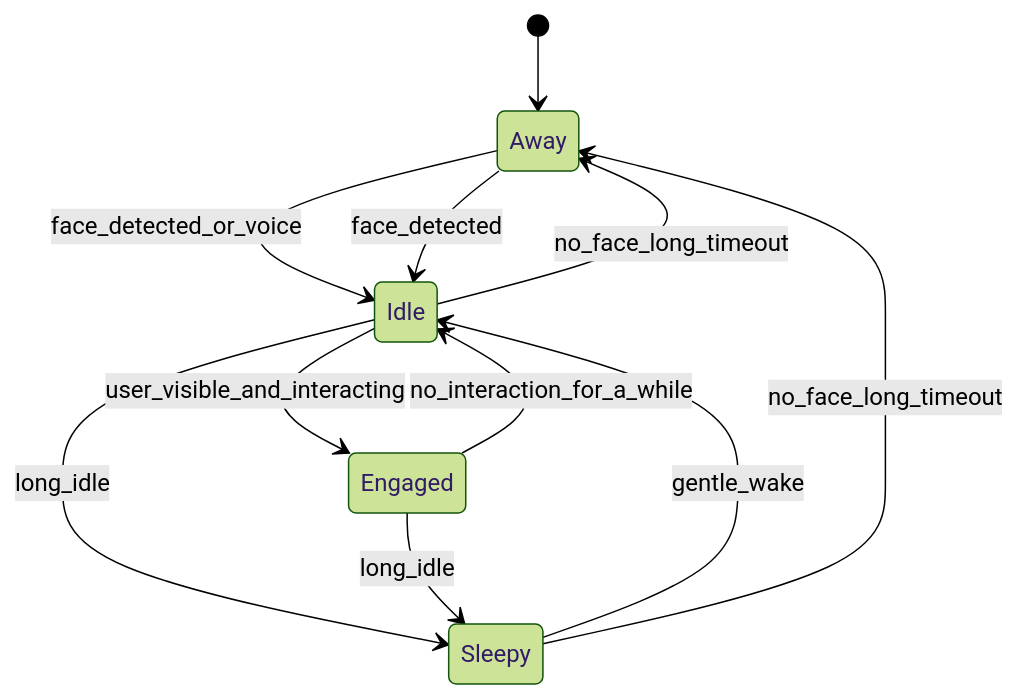
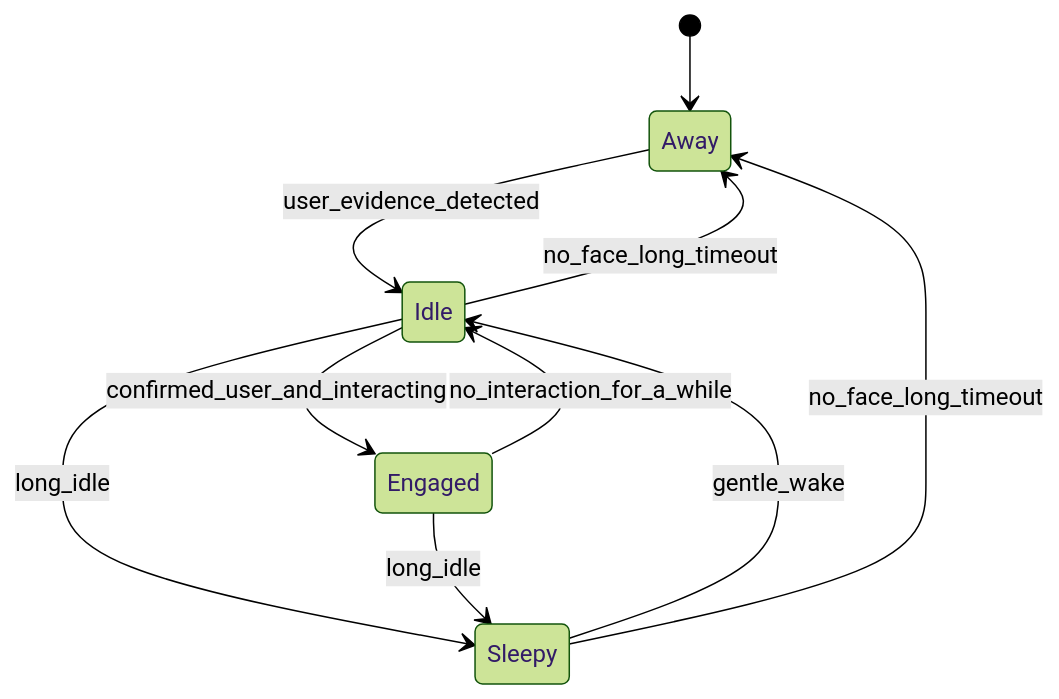
One commit to soyangBaek/RIO changed the second of 3 diagrams in docs/state-machine.md. Above: the diagram before and after it, drawn with Mermaid (forest theme). The commit also changed other lines of this file, not shown here.

````diff
--- a/docs/state-machine.md
+++ b/docs/state-machine.md
@@ -54,13 +54,12 @@
 ```mermaid
 stateDiagram-v2
     [*] --> Away
-    Away --> Idle : face_detected_or_voice
-    Idle --> Engaged : user_visible_and_interacting
+    Away --> Idle : user_evidence_detected
+    Idle --> Engaged : confirmed_user_and_interacting
     Engaged --> Idle : no_interaction_for_a_while
     Idle --> Away : no_face_long_timeout
     Idle --> Sleepy : long_idle
     Engaged --> Sleepy : long_idle
     Sleepy --> Idle : gentle_wake
     Sleepy --> Away : no_face_long_timeout
-    Away --> Idle : face_detected
 ```
````
